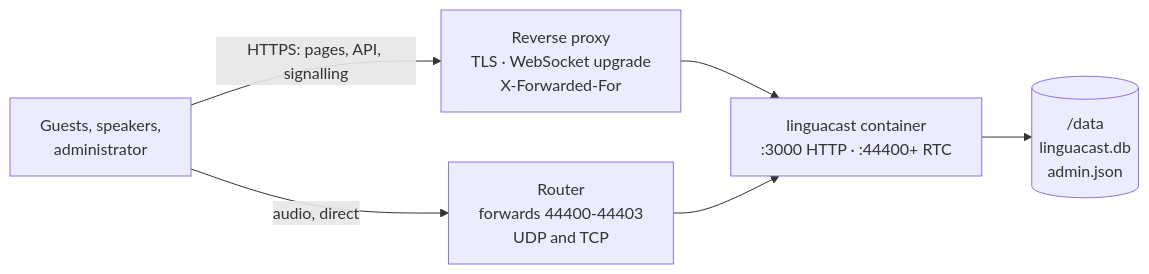
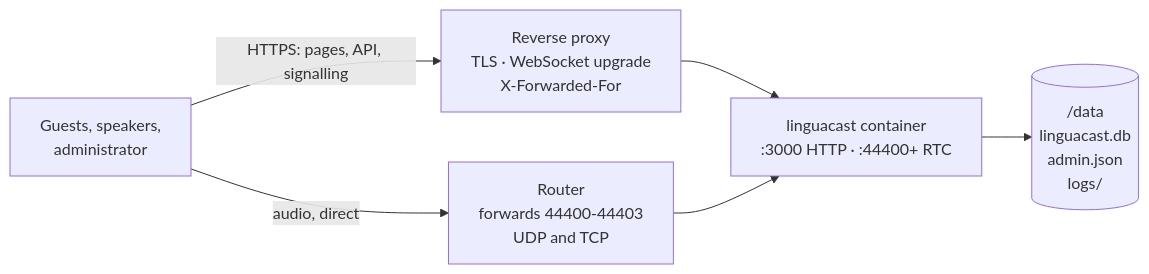
The diagram in docs/hosting.md (simon-vajda/hallspeak), drawn with Mermaid before and after one commit. The commit also changed other lines of this file and 61 other files, not shown here.

````diff
--- a/docs/hosting.md
+++ b/docs/hosting.md
@@ -13,12 +13,12 @@
 ```mermaid
 flowchart LR
   G["Guests, speakers,<br/>administrator"]
   P["Reverse proxy<br/>TLS · WebSocket upgrade<br/>X-Forwarded-For"]
   R["Router<br/>forwards 44400-44403<br/>UDP and TCP"]
   C["linguacast container<br/>:3000 HTTP · :44400+ RTC"]
-  D[("/data<br/>linguacast.db<br/>admin.json")]
+  D[("/data<br/>linguacast.db<br/>admin.json<br/>logs/")]
 
   G -- "HTTPS: pages, API, signalling" --> P --> C
   G -- "audio, direct" --> R --> C
   C --> D
 ```
````
